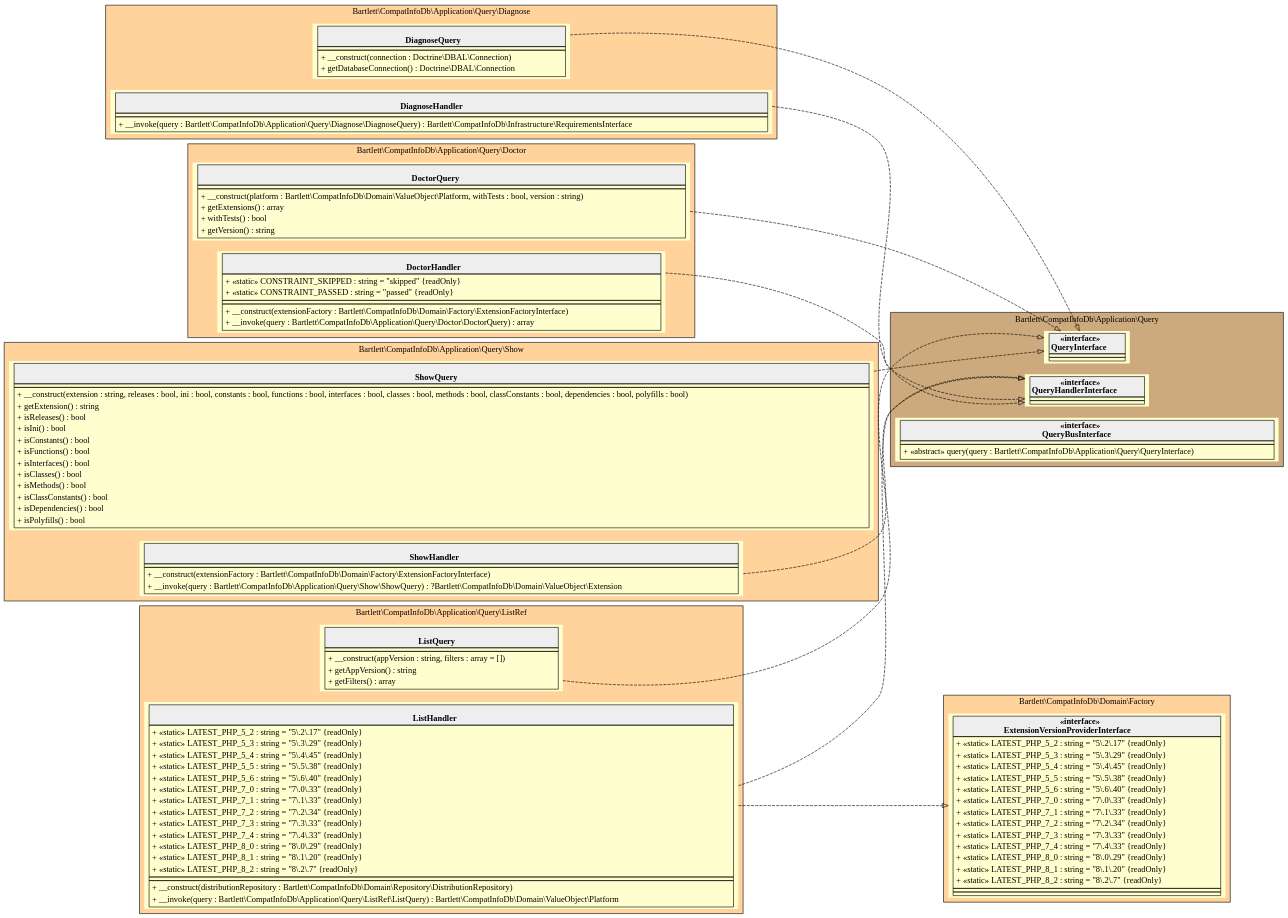
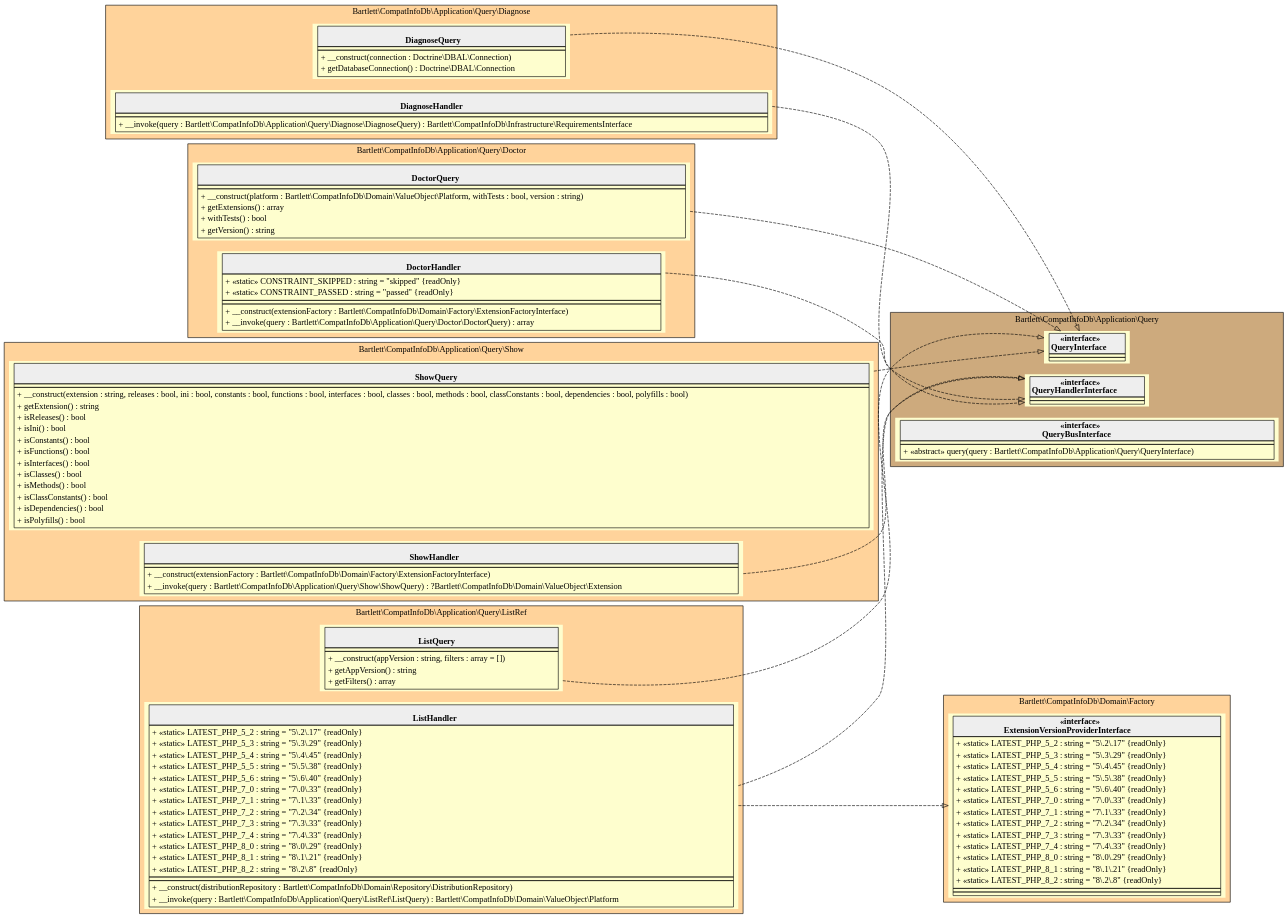
Before and after one commit to llaville/php-compatinfo-db: the diagram in 5.x/assets/images/application-query.html.gv, drawn with Graphviz. The commit also changed 9 other files, not shown here.

```diff
--- a/5.x/assets/images/application-query.html.gv
+++ b/5.x/assets/images/application-query.html.gv
@@ -1,181 +1,181 @@
 digraph {
   graph [rankdir="LR" bgcolor="transparent"]
   node [fillcolor="#FEFECE" style="filled"]
   subgraph cluster_0 {
     graph [bgcolor="burlywood1"]
     label = "Bartlett\\CompatInfoDb\\Application\\Query\\Diagnose"
     "Bartlett\\CompatInfoDb\\Application\\Query\\Diagnose\\DiagnoseQuery" [shape="none" label=<
 <table cellspacing="0" border="0" cellborder="1">
     <tr><td bgcolor="#eeeeee"><b><br/>DiagnoseQuery</b></td></tr>
     <tr><td></td></tr>
     <tr><td><table border="0" cellspacing="0" cellpadding="2">
     <tr><td align="left">+ __construct(connection : Doctrine\\DBAL\\Connection)</td></tr>
     <tr><td align="left">+ getDatabaseConnection() : Doctrine\\DBAL\\Connection</td></tr>
 </table></td></tr>
 </table>>]
     "Bartlett\\CompatInfoDb\\Application\\Query\\Diagnose\\DiagnoseHandler" [shape="none" label=<
 <table cellspacing="0" border="0" cellborder="1">
     <tr><td bgcolor="#eeeeee"><b><br/>DiagnoseHandler</b></td></tr>
     <tr><td></td></tr>
     <tr><td><table border="0" cellspacing="0" cellpadding="2">
     <tr><td align="left">+ __invoke(query : Bartlett\\CompatInfoDb\\Application\\Query\\Diagnose\\DiagnoseQuery) : Bartlett\\CompatInfoDb\\Infrastructure\\RequirementsInterface</td></tr>
 </table></td></tr>
 </table>>]
   }
   subgraph cluster_1 {
     graph [bgcolor="burlywood3"]
     label = "Bartlett\\CompatInfoDb\\Application\\Query"
     "Bartlett\\CompatInfoDb\\Application\\Query\\QueryInterface" [shape="none" label=<
 <table cellspacing="0" border="0" cellborder="1">
     <tr><td bgcolor="#eeeeee"><b>«interface»<br/>QueryInterface</b></td></tr>
     <tr><td></td></tr>
     <tr><td></td></tr>
 </table>>]
     "Bartlett\\CompatInfoDb\\Application\\Query\\QueryHandlerInterface" [shape="none" label=<
 <table cellspacing="0" border="0" cellborder="1">
     <tr><td bgcolor="#eeeeee"><b>«interface»<br/>QueryHandlerInterface</b></td></tr>
     <tr><td></td></tr>
     <tr><td></td></tr>
 </table>>]
     "Bartlett\\CompatInfoDb\\Application\\Query\\QueryBusInterface" [shape="none" label=<
 <table cellspacing="0" border="0" cellborder="1">
     <tr><td bgcolor="#eeeeee"><b>«interface»<br/>QueryBusInterface</b></td></tr>
     <tr><td></td></tr>
     <tr><td><table border="0" cellspacing="0" cellpadding="2">
     <tr><td align="left">+ «abstract» query(query : Bartlett\\CompatInfoDb\\Application\\Query\\QueryInterface)</td></tr>
 </table></td></tr>
 </table>>]
   }
   subgraph cluster_2 {
     graph [bgcolor="burlywood1"]
     label = "Bartlett\\CompatInfoDb\\Application\\Query\\Doctor"
     "Bartlett\\CompatInfoDb\\Application\\Query\\Doctor\\DoctorQuery" [shape="none" label=<
 <table cellspacing="0" border="0" cellborder="1">
     <tr><td bgcolor="#eeeeee"><b><br/>DoctorQuery</b></td></tr>
     <tr><td></td></tr>
     <tr><td><table border="0" cellspacing="0" cellpadding="2">
     <tr><td align="left">+ __construct(platform : Bartlett\\CompatInfoDb\\Domain\\ValueObject\\Platform, withTests : bool, version : string)</td></tr>
     <tr><td align="left">+ getExtensions() : array</td></tr>
     <tr><td align="left">+ withTests() : bool</td></tr>
     <tr><td align="left">+ getVersion() : string</td></tr>
 </table></td></tr>
 </table>>]
     "Bartlett\\CompatInfoDb\\Application\\Query\\Doctor\\DoctorHandler" [shape="none" label=<
 <table cellspacing="0" border="0" cellborder="1">
     <tr><td bgcolor="#eeeeee"><b><br/>DoctorHandler</b></td></tr>
     <tr><td><table border="0" cellspacing="0" cellpadding="2">
     <tr><td align="left">+ «static» CONSTRAINT_SKIPPED : string = "skipped" {readOnly}</td></tr>
     <tr><td align="left">+ «static» CONSTRAINT_PASSED : string = "passed" {readOnly}</td></tr>
 </table></td></tr>
     <tr><td></td></tr>
     <tr><td><table border="0" cellspacing="0" cellpadding="2">
     <tr><td align="left">+ __construct(extensionFactory : Bartlett\\CompatInfoDb\\Domain\\Factory\\ExtensionFactoryInterface)</td></tr>
     <tr><td align="left">+ __invoke(query : Bartlett\\CompatInfoDb\\Application\\Query\\Doctor\\DoctorQuery) : array</td></tr>
 </table></td></tr>
 </table>>]
   }
   subgraph cluster_3 {
     graph [bgcolor="burlywood1"]
     label = "Bartlett\\CompatInfoDb\\Application\\Query\\ListRef"
     "Bartlett\\CompatInfoDb\\Application\\Query\\ListRef\\ListQuery" [shape="none" label=<
 <table cellspacing="0" border="0" cellborder="1">
     <tr><td bgcolor="#eeeeee"><b><br/>ListQuery</b></td></tr>
     <tr><td></td></tr>
     <tr><td><table border="0" cellspacing="0" cellpadding="2">
     <tr><td align="left">+ __construct(appVersion : string, filters : array = [])</td></tr>
     <tr><td align="left">+ getAppVersion() : string</td></tr>
     <tr><td align="left">+ getFilters() : array</td></tr>
 </table></td></tr>
 </table>>]
     "Bartlett\\CompatInfoDb\\Application\\Query\\ListRef\\ListHandler" [shape="none" label=<
 <table cellspacing="0" border="0" cellborder="1">
     <tr><td bgcolor="#eeeeee"><b><br/>ListHandler</b></td></tr>
     <tr><td><table border="0" cellspacing="0" cellpadding="2">
     <tr><td align="left">+ «static» LATEST_PHP_5_2 : string = "5\.2\.17" {readOnly}</td></tr>
     <tr><td align="left">+ «static» LATEST_PHP_5_3 : string = "5\.3\.29" {readOnly}</td></tr>
     <tr><td align="left">+ «static» LATEST_PHP_5_4 : string = "5\.4\.45" {readOnly}</td></tr>
     <tr><td align="left">+ «static» LATEST_PHP_5_5 : string = "5\.5\.38" {readOnly}</td></tr>
     <tr><td align="left">+ «static» LATEST_PHP_5_6 : string = "5\.6\.40" {readOnly}</td></tr>
     <tr><td align="left">+ «static» LATEST_PHP_7_0 : string = "7\.0\.33" {readOnly}</td></tr>
     <tr><td align="left">+ «static» LATEST_PHP_7_1 : string = "7\.1\.33" {readOnly}</td></tr>
     <tr><td align="left">+ «static» LATEST_PHP_7_2 : string = "7\.2\.34" {readOnly}</td></tr>
     <tr><td align="left">+ «static» LATEST_PHP_7_3 : string = "7\.3\.33" {readOnly}</td></tr>
     <tr><td align="left">+ «static» LATEST_PHP_7_4 : string = "7\.4\.33" {readOnly}</td></tr>
     <tr><td align="left">+ «static» LATEST_PHP_8_0 : string = "8\.0\.29" {readOnly}</td></tr>
-    <tr><td align="left">+ «static» LATEST_PHP_8_1 : string = "8\.1\.20" {readOnly}</td></tr>
-    <tr><td align="left">+ «static» LATEST_PHP_8_2 : string = "8\.2\.7" {readOnly}</td></tr>
+    <tr><td align="left">+ «static» LATEST_PHP_8_1 : string = "8\.1\.21" {readOnly}</td></tr>
+    <tr><td align="left">+ «static» LATEST_PHP_8_2 : string = "8\.2\.8" {readOnly}</td></tr>
 </table></td></tr>
     <tr><td></td></tr>
     <tr><td><table border="0" cellspacing="0" cellpadding="2">
     <tr><td align="left">+ __construct(distributionRepository : Bartlett\\CompatInfoDb\\Domain\\Repository\\DistributionRepository)</td></tr>
     <tr><td align="left">+ __invoke(query : Bartlett\\CompatInfoDb\\Application\\Query\\ListRef\\ListQuery) : Bartlett\\CompatInfoDb\\Domain\\ValueObject\\Platform</td></tr>
 </table></td></tr>
 </table>>]
   }
   subgraph cluster_4 {
     graph [bgcolor="burlywood1"]
     label = "Bartlett\\CompatInfoDb\\Domain\\Factory"
     "Bartlett\\CompatInfoDb\\Domain\\Factory\\ExtensionVersionProviderInterface" [shape="none" label=<
 <table cellspacing="0" border="0" cellborder="1">
     <tr><td bgcolor="#eeeeee"><b>«interface»<br/>ExtensionVersionProviderInterface</b></td></tr>
     <tr><td><table border="0" cellspacing="0" cellpadding="2">
     <tr><td align="left">+ «static» LATEST_PHP_5_2 : string = "5\.2\.17" {readOnly}</td></tr>
     <tr><td align="left">+ «static» LATEST_PHP_5_3 : string = "5\.3\.29" {readOnly}</td></tr>
     <tr><td align="left">+ «static» LATEST_PHP_5_4 : string = "5\.4\.45" {readOnly}</td></tr>
     <tr><td align="left">+ «static» LATEST_PHP_5_5 : string = "5\.5\.38" {readOnly}</td></tr>
     <tr><td align="left">+ «static» LATEST_PHP_5_6 : string = "5\.6\.40" {readOnly}</td></tr>
     <tr><td align="left">+ «static» LATEST_PHP_7_0 : string = "7\.0\.33" {readOnly}</td></tr>
     <tr><td align="left">+ «static» LATEST_PHP_7_1 : string = "7\.1\.33" {readOnly}</td></tr>
     <tr><td align="left">+ «static» LATEST_PHP_7_2 : string = "7\.2\.34" {readOnly}</td></tr>
     <tr><td align="left">+ «static» LATEST_PHP_7_3 : string = "7\.3\.33" {readOnly}</td></tr>
     <tr><td align="left">+ «static» LATEST_PHP_7_4 : string = "7\.4\.33" {readOnly}</td></tr>
     <tr><td align="left">+ «static» LATEST_PHP_8_0 : string = "8\.0\.29" {readOnly}</td></tr>
-    <tr><td align="left">+ «static» LATEST_PHP_8_1 : string = "8\.1\.20" {readOnly}</td></tr>
-    <tr><td align="left">+ «static» LATEST_PHP_8_2 : string = "8\.2\.7" {readOnly}</td></tr>
+    <tr><td align="left">+ «static» LATEST_PHP_8_1 : string = "8\.1\.21" {readOnly}</td></tr>
+    <tr><td align="left">+ «static» LATEST_PHP_8_2 : string = "8\.2\.8" {readOnly}</td></tr>
 </table></td></tr>
     <tr><td></td></tr>
     <tr><td></td></tr>
 </table>>]
   }
   subgraph cluster_5 {
     graph [bgcolor="burlywood1"]
     label = "Bartlett\\CompatInfoDb\\Application\\Query\\Show"
     "Bartlett\\CompatInfoDb\\Application\\Query\\Show\\ShowQuery" [shape="none" label=<
 <table cellspacing="0" border="0" cellborder="1">
     <tr><td bgcolor="#eeeeee"><b><br/>ShowQuery</b></td></tr>
     <tr><td></td></tr>
     <tr><td><table border="0" cellspacing="0" cellpadding="2">
     <tr><td align="left">+ __construct(extension : string, releases : bool, ini : bool, constants : bool, functions : bool, interfaces : bool, classes : bool, methods : bool, classConstants : bool, dependencies : bool, polyfills : bool)</td></tr>
     <tr><td align="left">+ getExtension() : string</td></tr>
     <tr><td align="left">+ isReleases() : bool</td></tr>
     <tr><td align="left">+ isIni() : bool</td></tr>
     <tr><td align="left">+ isConstants() : bool</td></tr>
     <tr><td align="left">+ isFunctions() : bool</td></tr>
     <tr><td align="left">+ isInterfaces() : bool</td></tr>
     <tr><td align="left">+ isClasses() : bool</td></tr>
     <tr><td align="left">+ isMethods() : bool</td></tr>
     <tr><td align="left">+ isClassConstants() : bool</td></tr>
     <tr><td align="left">+ isDependencies() : bool</td></tr>
     <tr><td align="left">+ isPolyfills() : bool</td></tr>
 </table></td></tr>
 </table>>]
     "Bartlett\\CompatInfoDb\\Application\\Query\\Show\\ShowHandler" [shape="none" label=<
 <table cellspacing="0" border="0" cellborder="1">
     <tr><td bgcolor="#eeeeee"><b><br/>ShowHandler</b></td></tr>
     <tr><td></td></tr>
     <tr><td><table border="0" cellspacing="0" cellpadding="2">
     <tr><td align="left">+ __construct(extensionFactory : Bartlett\\CompatInfoDb\\Domain\\Factory\\ExtensionFactoryInterface)</td></tr>
     <tr><td align="left">+ __invoke(query : Bartlett\\CompatInfoDb\\Application\\Query\\Show\\ShowQuery) : ?Bartlett\\CompatInfoDb\\Domain\\ValueObject\\Extension</td></tr>
 </table></td></tr>
 </table>>]
   }
   "Bartlett\\CompatInfoDb\\Application\\Query\\Diagnose\\DiagnoseQuery" -> "Bartlett\\CompatInfoDb\\Application\\Query\\QueryInterface" [arrowhead="empty" style="dashed"]
   "Bartlett\\CompatInfoDb\\Application\\Query\\Diagnose\\DiagnoseHandler" -> "Bartlett\\CompatInfoDb\\Application\\Query\\QueryHandlerInterface" [arrowhead="empty" style="dashed"]
   "Bartlett\\CompatInfoDb\\Application\\Query\\Doctor\\DoctorQuery" -> "Bartlett\\CompatInfoDb\\Application\\Query\\QueryInterface" [arrowhead="empty" style="dashed"]
   "Bartlett\\CompatInfoDb\\Application\\Query\\Doctor\\DoctorHandler" -> "Bartlett\\CompatInfoDb\\Application\\Query\\QueryHandlerInterface" [arrowhead="empty" style="dashed"]
   "Bartlett\\CompatInfoDb\\Application\\Query\\ListRef\\ListQuery" -> "Bartlett\\CompatInfoDb\\Application\\Query\\QueryInterface" [arrowhead="empty" style="dashed"]
   "Bartlett\\CompatInfoDb\\Application\\Query\\ListRef\\ListHandler" -> "Bartlett\\CompatInfoDb\\Application\\Query\\QueryHandlerInterface" [arrowhead="empty" style="dashed"]
   "Bartlett\\CompatInfoDb\\Application\\Query\\ListRef\\ListHandler" -> "Bartlett\\CompatInfoDb\\Domain\\Factory\\ExtensionVersionProviderInterface" [arrowhead="empty" style="dashed"]
   "Bartlett\\CompatInfoDb\\Application\\Query\\Show\\ShowQuery" -> "Bartlett\\CompatInfoDb\\Application\\Query\\QueryInterface" [arrowhead="empty" style="dashed"]
   "Bartlett\\CompatInfoDb\\Application\\Query\\Show\\ShowHandler" -> "Bartlett\\CompatInfoDb\\Application\\Query\\QueryHandlerInterface" [arrowhead="empty" style="dashed"]
 }
```
